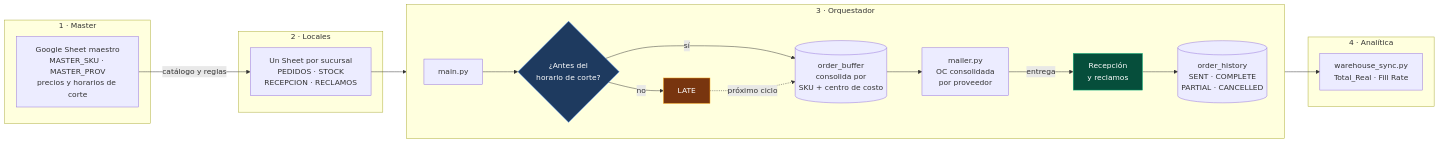
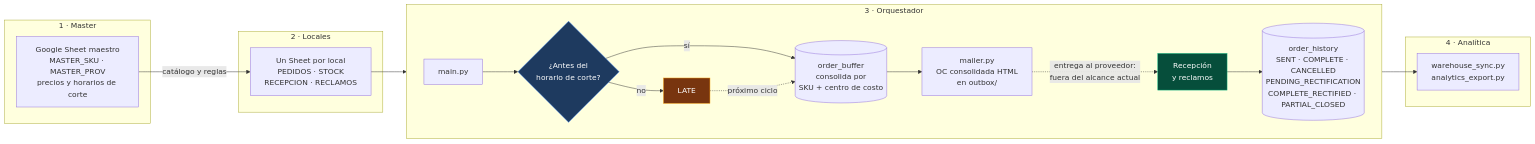
One commit to SimonChiabo/Sistema-de-Abastecimiento-Inteligente changed the diagram in README.md. Above: the diagram before and after it, drawn with Mermaid. The commit also changed other lines of this file and 3 other files, not shown here.

````diff
--- a/README.md
+++ b/README.md
@@ -40,32 +117,32 @@
 ```mermaid
 flowchart LR
     subgraph C1["1 · Master"]
         M["Google Sheet maestro<br/>MASTER_SKU · MASTER_PROV<br/>precios y horarios de corte"]
     end
 
     subgraph C2["2 · Locales"]
-        L["Un Sheet por sucursal<br/>PEDIDOS · STOCK<br/>RECEPCION · RECLAMOS"]
+        L["Un Sheet por local<br/>PEDIDOS · STOCK<br/>RECEPCION · RECLAMOS"]
     end
 
     subgraph C3["3 · Orquestador"]
         direction LR
         O["main.py"] --> D{"¿Antes del<br/>horario de corte?"}
         D -->|sí| B[("order_buffer<br/>consolida por<br/>SKU + centro de costo")]
         D -->|no| T["LATE"]
         T -.->|próximo ciclo| B
-        B --> E["mailer.py<br/>OC consolidada<br/>por proveedor"]
-        E -->|entrega| R["Recepción<br/>y reclamos"]
-        R --> H[("order_history<br/>SENT · COMPLETE<br/>PARTIAL · CANCELLED")]
+        B --> E["mailer.py<br/>OC consolidada HTML<br/>en outbox/"]
+        E -.->|entrega al proveedor:<br/>fuera del alcance actual| R["Recepción<br/>y reclamos"]
+        R --> H[("order_history<br/>SENT · COMPLETE · CANCELLED<br/>PENDING_RECTIFICATION<br/>COMPLETE_RECTIFIED · PARTIAL_CLOSED")]
     end
 
     subgraph C4["4 · Analítica"]
-        W["warehouse_sync.py<br/>Total_Real · Fill Rate"]
+        W["warehouse_sync.py<br/>analytics_export.py"]
     end
 
     M -->|catálogo y reglas| L --> O
     H --> W
 
     style T fill:#78350f,stroke:#f59e0b,color:#fff
     style D fill:#1e3a5f,stroke:#3b82f6,color:#fff
     style R fill:#064e3b,stroke:#10b981,color:#fff
 ```
````
